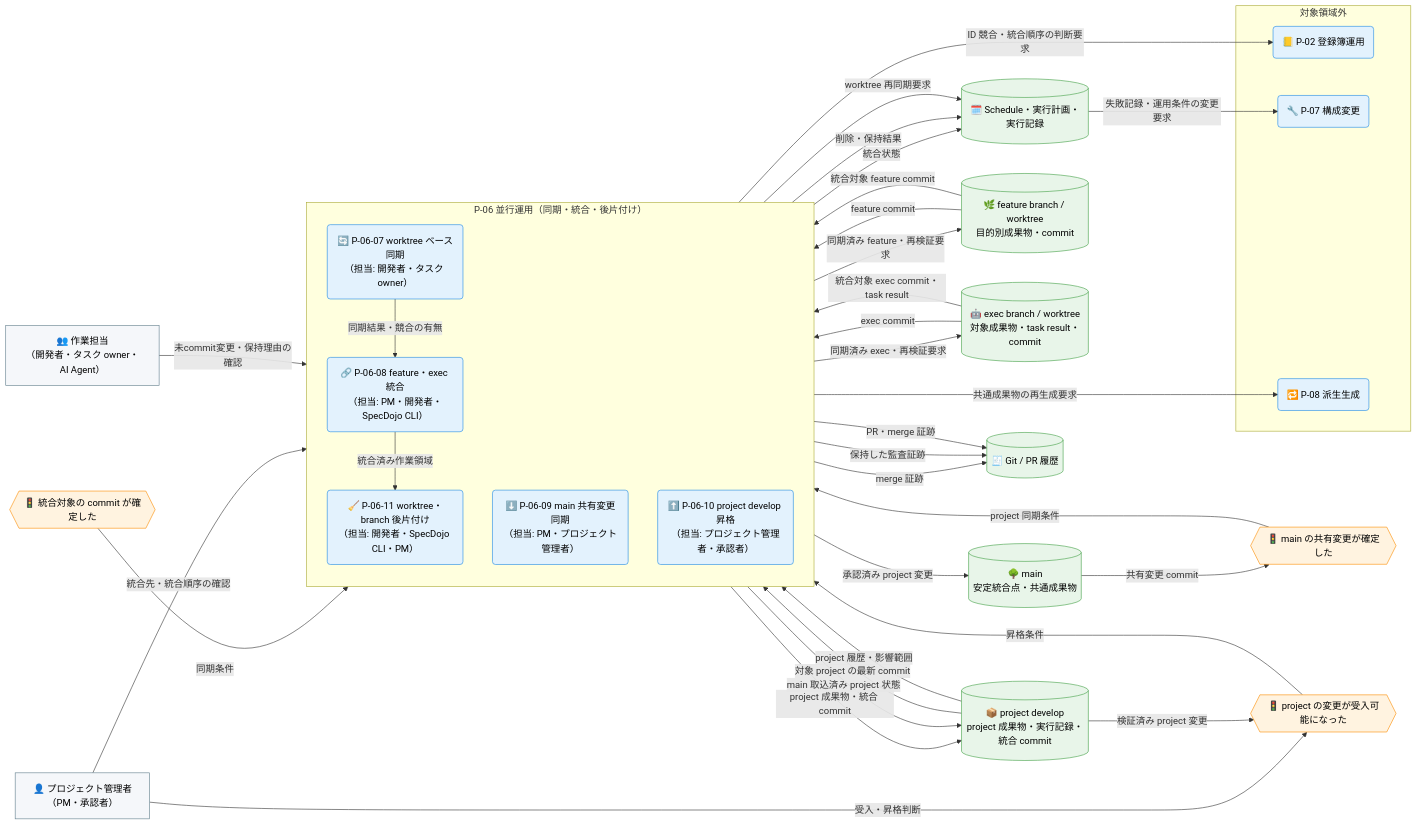
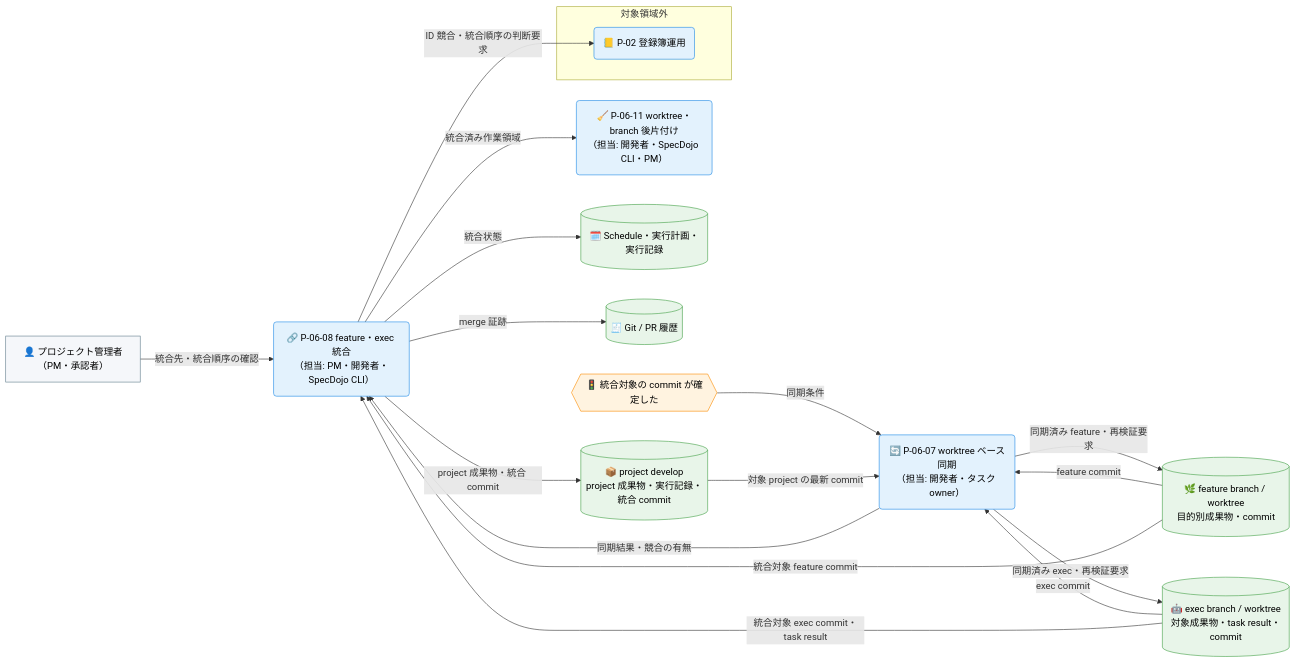
Before and after one commit to specdojo/specdojo: the third of 4 diagrams in docs/ja/product/010-business-specs/010-data-flow/cdfd-multi-project.md, drawn with Mermaid. The commit also changed other lines of this file, not shown here.

Commit message:
docs(cdfd-multi-project): remove non-rulebook 受入確認 and split flow
rulebookに存在しない「6.3 受入確認」を削除する。4.3の同期・統合・
後片付けの条件付きプロセスのフローを、同期・統合（P-06-07・08）と
main同期・昇格・後片付け（P-06-09〜11）に分割し、5章の表グルーピング
も対応させる。分割に伴い不要となったmainノードの残留定義を削除する。

````diff
--- a/docs/ja/product/010-business-specs/010-data-flow/cdfd-multi-project.md
+++ b/docs/ja/product/010-business-specs/010-data-flow/cdfd-multi-project.md
@@ -172,76 +172,47 @@
 ```mermaid
 flowchart LR
   classDef process fill:#e3f2fd,stroke:#1e88e5,color:#000
   classDef event fill:#fff3e0,stroke:#fb8c00,color:#000
   classDef store fill:#e8f5e9,stroke:#43a047,color:#000
   classDef actor fill:#f5f7fa,stroke:#607d8b,color:#000
 
   プロジェクト管理者["👤 プロジェクト管理者<br>（PM・承認者）"]
-  作業担当["👥 作業担当<br>（開発者・タスク owner・AI Agent）"]
 
   統合可能{{"🚦 統合対象の commit が確定した"}}
-  main更新{{"🚦 main の共有変更が確定した"}}
-  project受入{{"🚦 project の変更が受入可能になった"}}
 
-  subgraph 並行運用統合["P-06 並行運用（同期・統合・後片付け）"]
-    direction TB
-    worktreeベース同期("🔄 P-06-07 worktree ベース同期<br>（担当: 開発者・タスク owner）")
-    featureExec統合("🔗 P-06-08 feature・exec 統合<br>（担当: PM・開発者・SpecDojo CLI）")
-    main共有変更同期("⬇️ P-06-09 main 共有変更同期<br>（担当: PM・プロジェクト管理者）")
-    projectDevelop昇格("⬆️ P-06-10 project develop 昇格<br>（担当: プロジェクト管理者・承認者）")
-    worktreeBranch後片付け("🧹 P-06-11 worktree・branch 後片付け<br>（担当: 開発者・SpecDojo CLI・PM）")
-  end
+  worktreeベース同期("🔄 P-06-07 worktree ベース同期<br>（担当: 開発者・タスク owner）")
+  featureExec統合("🔗 P-06-08 feature・exec 統合<br>（担当: PM・開発者・SpecDojo CLI）")
+  worktreeBranch後片付け("🧹 P-06-11 worktree・branch 後片付け<br>（担当: 開発者・SpecDojo CLI・PM）")
 
-  main[("🌳 main<br>安定統合点・共通成果物")]
   projectDevelop[("📦 project develop<br>project 成果物・実行記録・統合 commit")]
   featureWorktree[("🌿 feature branch / worktree<br>目的別成果物・commit")]
   execWorktree[("🤖 exec branch / worktree<br>対象成果物・task result・commit")]
   実行計画記録[("🗓️ Schedule・実行計画・実行記録")]
   GitPR履歴[("🧾 Git / PR 履歴")]
 
   subgraph 領域外統合["対象領域外"]
     登録簿運用("📒 P-02 登録簿運用")
-    構成変更("🔧 P-07 構成変更")
-    派生生成("🔁 P-08 派生生成")
   end
 
   統合可能 -->|"同期条件"| worktreeベース同期
   projectDevelop -->|"対象 project の最新 commit"| worktreeベース同期
   featureWorktree -->|"feature commit"| worktreeベース同期
   execWorktree -->|"exec commit"| worktreeベース同期
   worktreeベース同期 -->|"同期済み feature・再検証要求"| featureWorktree
   worktreeベース同期 -->|"同期済み exec・再検証要求"| execWorktree
   worktreeベース同期 -->|"同期結果・競合の有無"| featureExec統合
 
   featureWorktree -->|"統合対象 feature commit"| featureExec統合
   execWorktree -->|"統合対象 exec commit・task result"| featureExec統合
   プロジェクト管理者 -->|"統合先・統合順序の確認"| featureExec統合
   featureExec統合 -->|"project 成果物・統合 commit"| projectDevelop
   featureExec統合 -->|"統合状態"| 実行計画記録
   featureExec統合 -->|"merge 証跡"| GitPR履歴
   featureExec統合 -->|"ID 競合・統合順序の判断要求"| 登録簿運用
   featureExec統合 -->|"統合済み作業領域"| worktreeBranch後片付け
 
-  作業担当 -->|"未commit変更・保持理由の確認"| worktreeBranch後片付け
-  worktreeBranch後片付け -->|"削除・保持結果"| 実行計画記録
-  worktreeBranch後片付け -->|"保持した監査証跡"| GitPR履歴
-
-  main -->|"共有変更 commit"| main更新
-  main更新 -->|"project 同期条件"| main共有変更同期
-  projectDevelop -->|"project 履歴・影響範囲"| main共有変更同期
-  main共有変更同期 -->|"main 取込済み project 状態"| projectDevelop
-  main共有変更同期 -->|"worktree 再同期要求"| 実行計画記録
-
-  プロジェクト管理者 -->|"受入・昇格判断"| project受入
-  projectDevelop -->|"検証済み project 変更"| project受入
-  project受入 -->|"昇格条件"| projectDevelop昇格
-  projectDevelop昇格 -->|"承認済み project 変更"| main
-  projectDevelop昇格 -->|"PR・merge 証跡"| GitPR履歴
-  projectDevelop昇格 -->|"共通成果物の再生成要求"| 派生生成
-  実行計画記録 -->|"失敗記録・運用条件の変更要求"| 構成変更
-
-  class worktreeベース同期,featureExec統合,main共有変更同期,projectDevelop昇格,worktreeBranch後片付け,登録簿運用,構成変更,派生生成 process
-  class 統合可能,main更新,project受入 event
-  class main,projectDevelop,featureWorktree,execWorktree,実行計画記録,GitPR履歴 store
-  class プロジェクト管理者,作業担当 actor
+  class worktreeベース同期,featureExec統合,worktreeBranch後片付け,登録簿運用 process
+  class 統合可能 event
+  class projectDevelop,featureWorktree,execWorktree,実行計画記録,GitPR履歴 store
+  class プロジェクト管理者 actor
 ```
````
